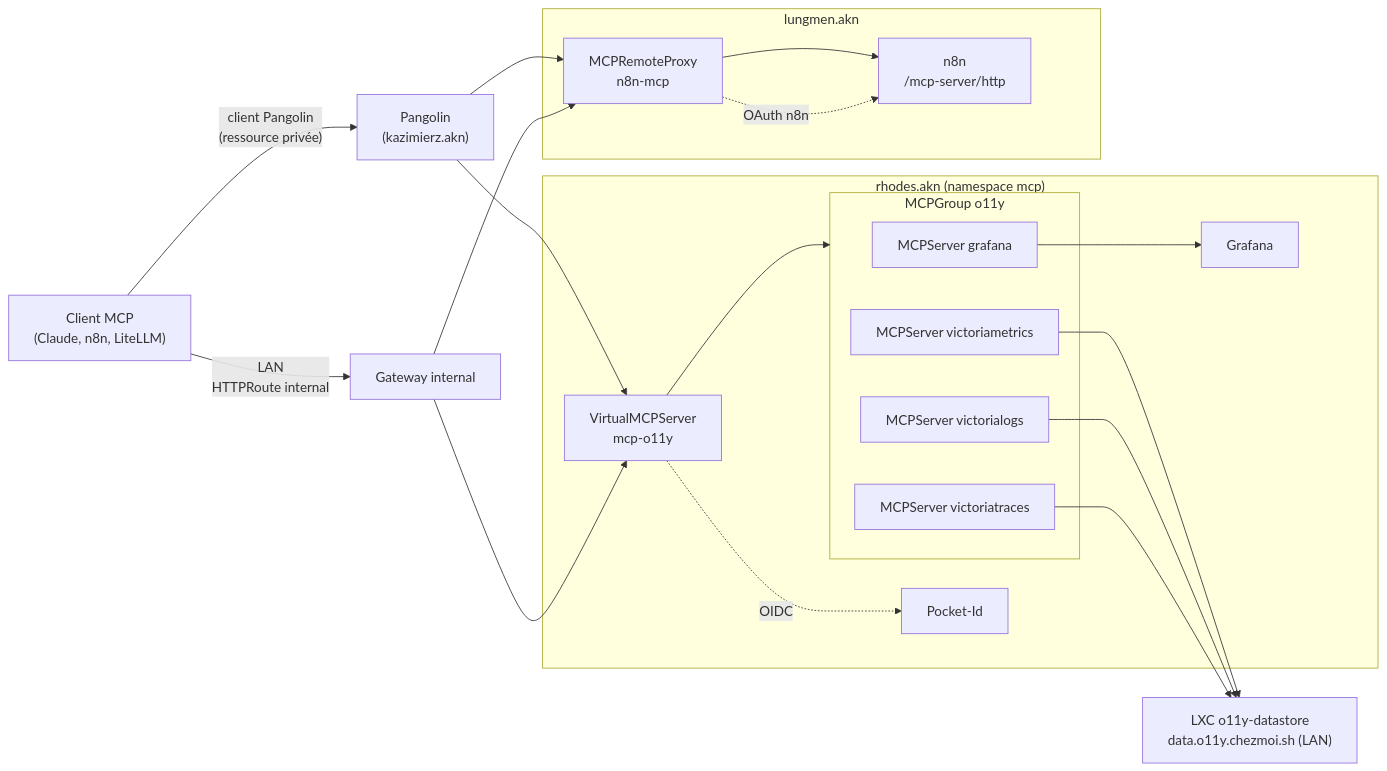
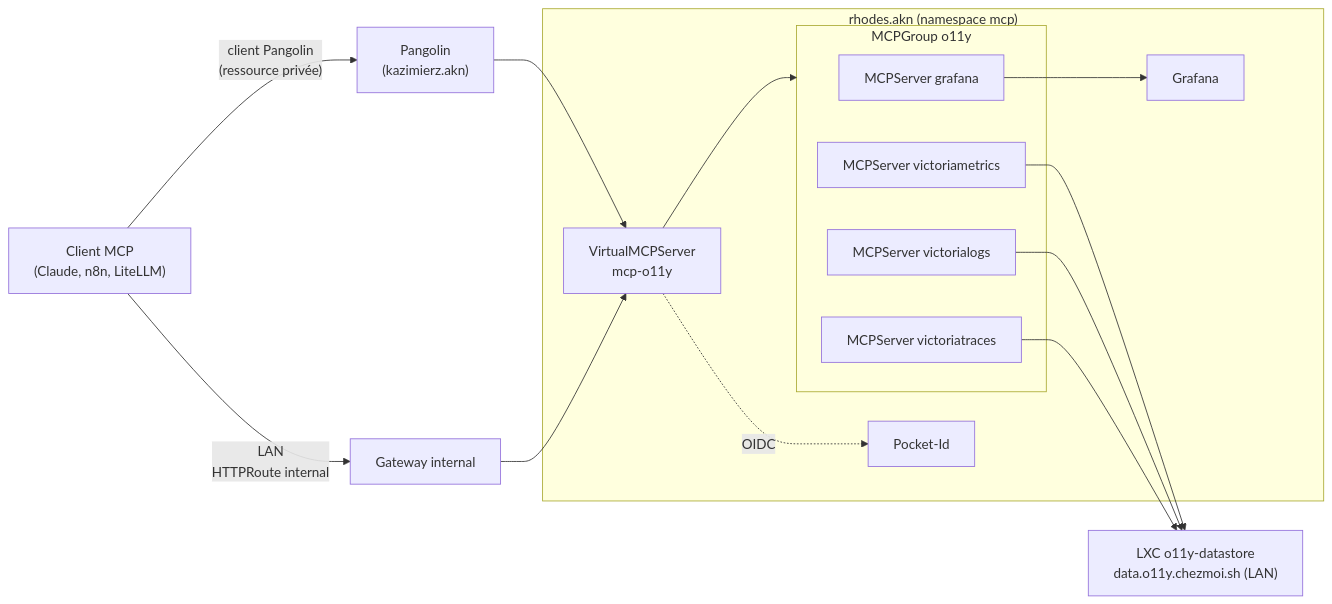
The diagram in docs/decisions/ADR-019-ToolHive-pour-Gerer-les-Serveurs-MCP.md (chezmoidotsh/arcane), drawn with Mermaid before and after one commit. The commit also changed other lines of this file and 22 other files, not shown here.

First line of the commit message:
-[project:lungmen.akn]: Remove the n8n MCP proxy

````diff
--- a/docs/decisions/ADR-019-ToolHive-pour-Gerer-les-Serveurs-MCP.md
+++ b/docs/decisions/ADR-019-ToolHive-pour-Gerer-les-Serveurs-MCP.md
@@ -168,31 +166,23 @@
 ```mermaid
 flowchart LR
   client["Client MCP<br/>(Claude, n8n, LiteLLM)"]
   client -->|"client Pangolin<br/>(ressource privée)"| pangolin["Pangolin<br/>(kazimierz.akn)"]
   client -->|"LAN<br/>HTTPRoute internal"| gateway["Gateway internal"]
   pangolin --> vmcpO11y
-  pangolin --> n8nproxy
   gateway --> vmcpO11y
-  gateway --> n8nproxy
   subgraph rhodes["rhodes.akn (namespace mcp)"]
     vmcpO11y["VirtualMCPServer<br/>mcp-o11y"]
     pocketid["Pocket-Id"]
     grafanaApp["Grafana"]
     subgraph o11y["MCPGroup o11y"]
       grafana["MCPServer grafana"]
       vm["MCPServer victoriametrics"]
       vl["MCPServer victorialogs"]
       vt["MCPServer victoriatraces"]
     end
     vmcpO11y --> o11y
     vmcpO11y -. OIDC .-> pocketid
     grafana --> grafanaApp
   end
-  subgraph lungmen["lungmen.akn"]
-    n8nproxy["MCPRemoteProxy<br/>n8n-mcp"]
-    n8nApp["n8n<br/>/mcp-server/http"]
-    n8nproxy --> n8nApp
-    n8nproxy -. "OAuth n8n" .-> n8nApp
-  end
   vm & vl & vt --> lxc["LXC o11y-datastore<br/>data.o11y.chezmoi.sh (LAN)"]
 ```
````
